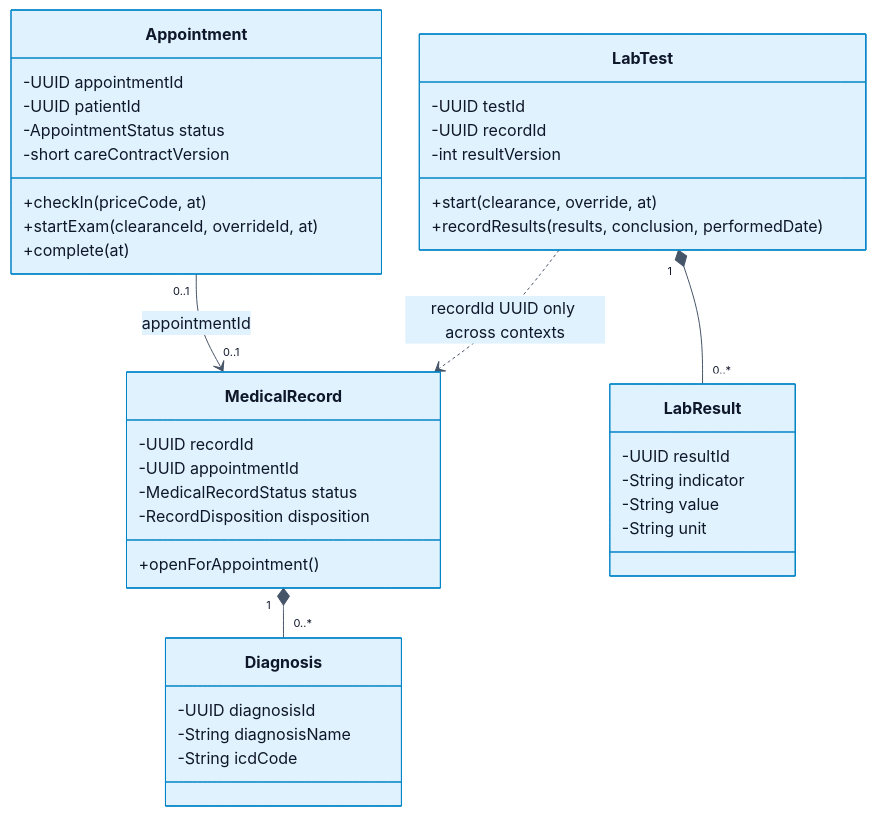
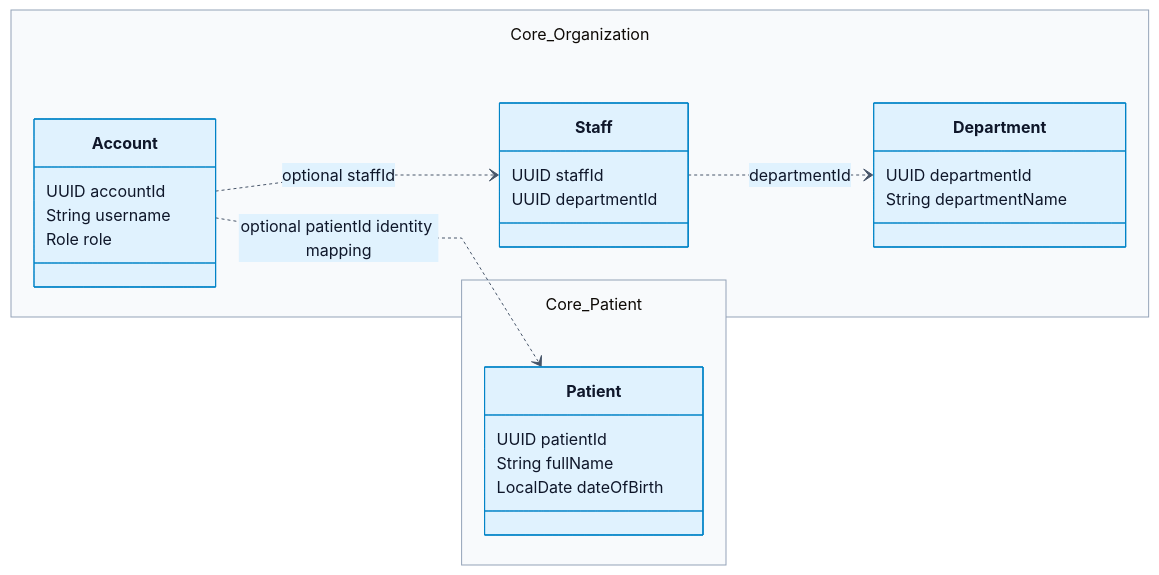
Before and after one commit to Dangvinh77/MediFlow: diagram 20 of 41 in docs/monitor_proj_progress/02-giai-doan-2-thiet-ke-giao-dien-tieu-chuan/review-2/02-review-2-standard-vi.md, drawn with Mermaid. The commit also changed other lines of this file and 896 other files, not shown here.

Commit message:
docs(review2): align diagrams with supervisor feedback

````diff
--- a/docs/monitor_proj_progress/02-giai-doan-2-thiet-ke-giao-dien-tieu-chuan/review-2/02-review-2-standard-vi.md
+++ b/docs/monitor_proj_progress/02-giai-doan-2-thiet-ke-giao-dien-tieu-chuan/review-2/02-review-2-standard-vi.md
@@ -965,42 +1018,30 @@
 ```mermaid
-%%{init: {"theme": "base", "securityLevel": "loose", "fontFamily": "Arial, sans-serif", "themeVariables": {"primaryColor": "#e0f2fe", "primaryTextColor": "#0f172a", "primaryBorderColor": "#0284c7", "lineColor": "#475569", "secondaryColor": "#ccfbf1", "tertiaryColor": "#f1f5f9", "background": "#ffffff", "mainBkg": "#e0f2fe", "nodeBorder": "#0284c7", "clusterBkg": "#f8fafc", "clusterBorder": "#94a3b8", "actorBkg": "#e0f2fe", "actorBorder": "#0284c7", "actorTextColor": "#0f172a", "signalColor": "#475569", "signalTextColor": "#0f172a", "labelBoxBkgColor": "#f1f5f9", "labelBoxBorderColor": "#94a3b8", "activationBkgColor": "#ccfbf1", "activationBorderColor": "#0f766e", "sequenceNumberColor": "#ffffff", "attributeBackgroundColorOdd": "#ffffff", "attributeBackgroundColorEven": "#f0f9ff"}, "flowchart": {"htmlLabels": true, "curve": "basis", "nodeSpacing": 30, "rankSpacing": 50}, "sequence": {"useMaxWidth": true, "wrap": true}, "er": {"useMaxWidth": true}}}%%
+%%{init: {"theme": "base", "securityLevel": "loose", "fontFamily": "Arial, sans-serif", "themeVariables": {"primaryColor": "#e0f2fe", "primaryTextColor": "#0f172a", "primaryBorderColor": "#0284c7", "lineColor": "#475569", "secondaryColor": "#ccfbf1", "tertiaryColor": "#f1f5f9", "background": "#ffffff", "mainBkg": "#e0f2fe", "nodeBorder": "#0284c7", "clusterBkg": "#f8fafc", "clusterBorder": "#94a3b8", "actorBkg": "#e0f2fe", "actorBorder": "#0284c7", "actorTextColor": "#0f172a", "signalColor": "#475569", "signalTextColor": "#0f172a", "labelBoxBkgColor": "#f1f5f9", "labelBoxBorderColor": "#94a3b8", "activationBkgColor": "#ccfbf1", "activationBorderColor": "#0f766e", "sequenceNumberColor": "#ffffff", "attributeBackgroundColorOdd": "#ffffff", "attributeBackgroundColorEven": "#f0f9ff"}, "flowchart": {"htmlLabels": true, "curve": "linear", "nodeSpacing": 40, "rankSpacing": 46, "subGraphTitleMargin": {"top": 12, "bottom": 45}}, "sequence": {"useMaxWidth": true, "wrap": true, "actorMargin": 55, "width": 175, "messageMargin": 30, "mirrorActors": false}, "er": {"useMaxWidth": true}, "maxTextSize": 2000000, "class": {"nodeSpacing": 30, "rankSpacing": 55}}}%%
 classDiagram
- class Appointment {
- -UUID appointmentId
- -UUID patientId
- -AppointmentStatus status
- -short careContractVersion
- +checkIn(priceCode, at)
- +startExam(clearanceId, overrideId, at)
- +complete(at)
+ direction LR
+ namespace Core_Organization {
+  class Account {
+   UUID accountId
+   String username
+   Role role
+  }
+  class Staff {
+   UUID staffId
+   UUID departmentId
+  }
+  class Department {
+   UUID departmentId
+   String departmentName
+  }
  }
- class MedicalRecord {
- -UUID recordId
- -UUID appointmentId
- -MedicalRecordStatus status
- -RecordDisposition disposition
- +openForAppointment()
+ namespace Core_Patient {
+  class Patient {
+   UUID patientId
+   String fullName
+   LocalDate dateOfBirth
+  }
  }
- class Diagnosis {
- -UUID diagnosisId
- -String diagnosisName
- -String icdCode
- }
- class LabTest {
- -UUID testId
- -UUID recordId
- -int resultVersion
- +start(clearance, override, at)
- +recordResults(results, conclusion, performedDate)
- }
- class LabResult {
- -UUID resultId
- -String indicator
- -String value
- -String unit
- }
- Appointment "0..1" --> "0..1" MedicalRecord : appointmentId
- MedicalRecord "1" *-- "0..*" Diagnosis
- LabTest "1" *-- "0..*" LabResult
- LabTest ..> MedicalRecord : recordId UUID only across contexts
+ Staff ..> Department : departmentId
+ Account ..> Staff : optional staffId
+ Account ..> Patient : optional patientId identity mapping
 ```
````
